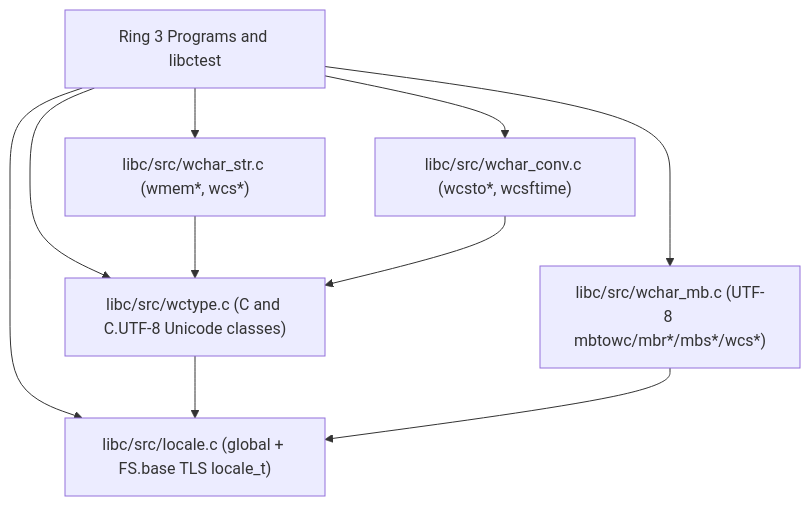
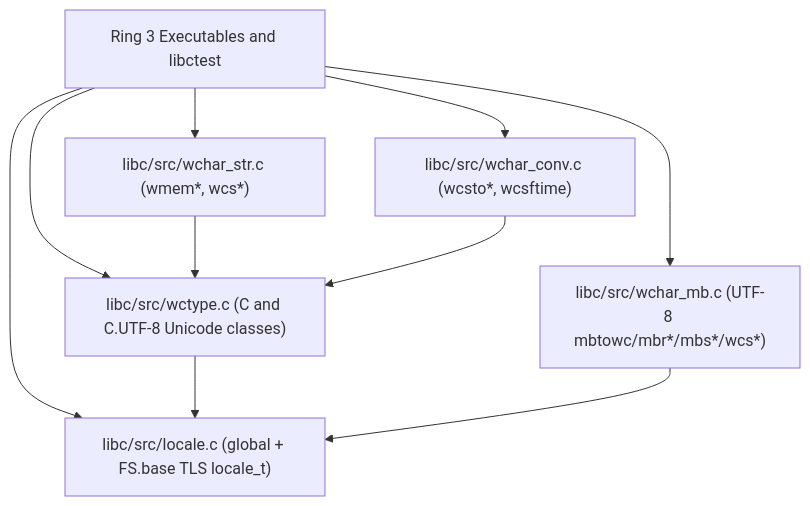
One commit to Deniz-Eren/microkernel changed the diagram in docs/30-architecture/adr/ADR_0035.md. Above: the diagram before and after it, drawn with Mermaid. The commit also changed other lines of this file and 151 other files, not shown here.

````diff
--- a/docs/30-architecture/adr/ADR_0035.md
+++ b/docs/30-architecture/adr/ADR_0035.md
@@ -23,19 +23,19 @@
 ```mermaid
 flowchart TD
-    APP["Ring 3 Programs and libctest"]
+    APP["Ring 3 Executables and libctest"]
     LOC["libc/src/locale.c (global + FS.base TLS locale_t)"]
     WCT["libc/src/wctype.c (C and C.UTF-8 Unicode classes)"]
     WMB["libc/src/wchar_mb.c (UTF-8 mbtowc/mbr*/mbs*/wcs*)"]
     WSTR["libc/src/wchar_str.c (wmem*, wcs*)"]
     WCV["libc/src/wchar_conv.c (wcsto*, wcsftime)"]
 
     APP --> LOC
     APP --> WCT
     APP --> WMB
     APP --> WSTR
     APP --> WCV
     WCT --> LOC
     WMB --> LOC
     WSTR --> WCT
     WCV --> WCT
 ```
````
